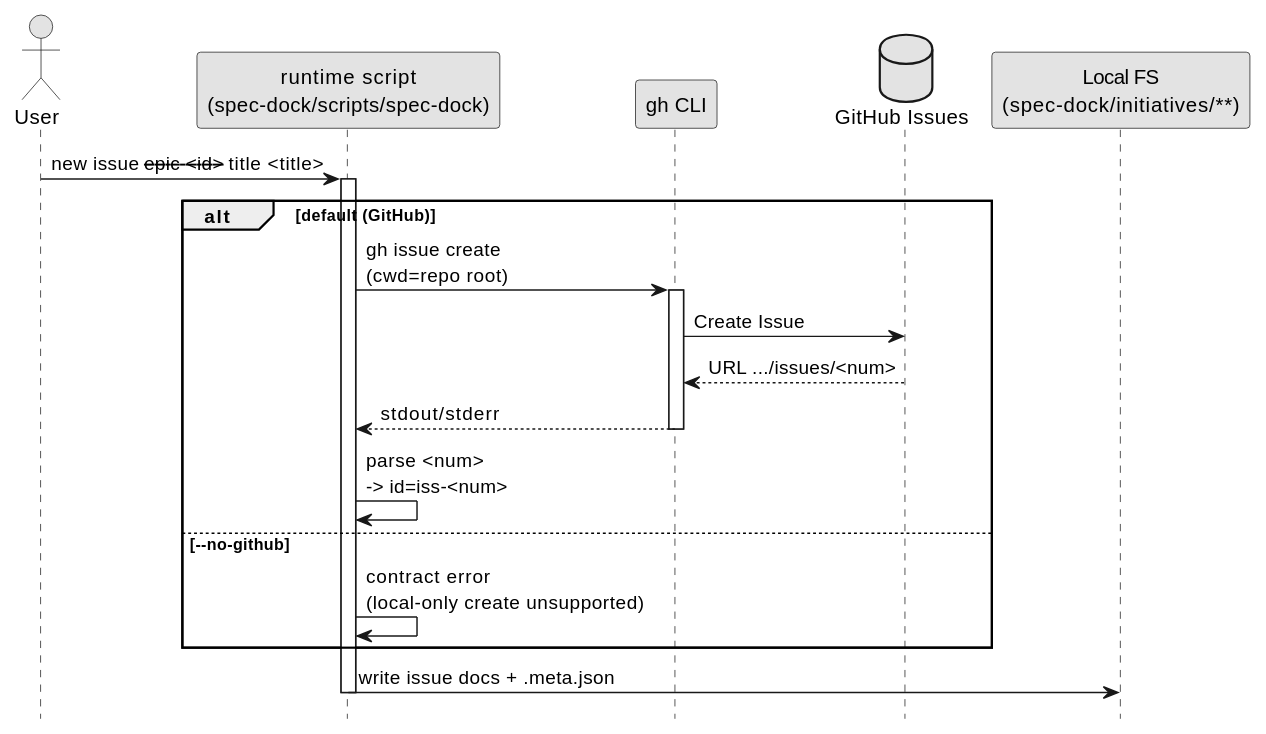
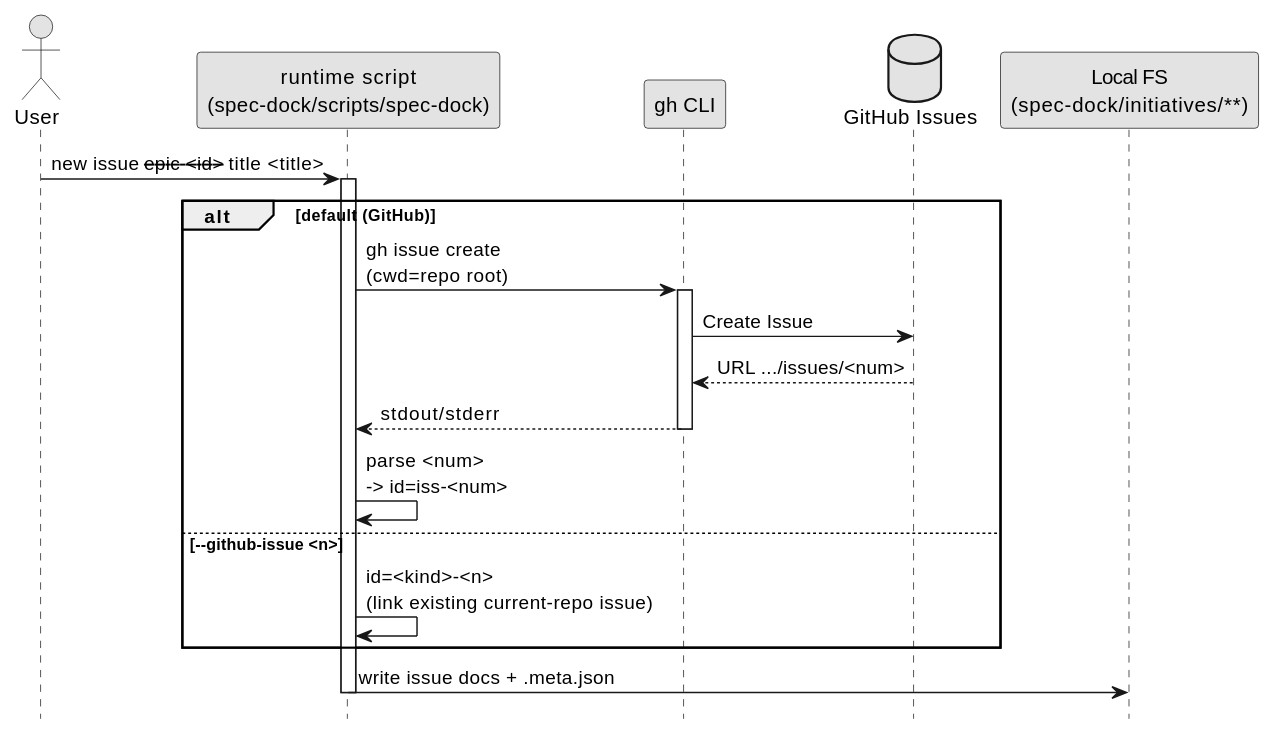
One commit to chemitaro/spec-dock changed the diagram in src/spec_dock/assets/spec_dock/docs/github.md. Above: the diagram before and after it, drawn with PlantUML. The commit also changed other lines of this file and 17 other files, not shown here.

````diff
--- a/src/spec_dock/assets/spec_dock/docs/github.md
+++ b/src/spec_dock/assets/spec_dock/docs/github.md
@@ -79,30 +79,30 @@
 ```plantuml
 @startuml
 skinparam monochrome true
 hide footbox
 
 actor User
 participant "runtime script\n(spec-dock/scripts/spec-dock)" as Script
 participant "gh CLI" as GH
 database "GitHub Issues" as GHI
 participant "Local FS\n(spec-dock/initiatives/**)" as FS
 
 User -> Script: new issue --epic <id> --title <title>
 activate Script
 
 alt default (GitHub)
   Script -> GH: gh issue create\n(cwd=repo root)
   activate GH
   GH -> GHI: Create Issue
   GHI --> GH: URL .../issues/<num>
   GH --> Script: stdout/stderr
   deactivate GH
   Script -> Script: parse <num>\n-> id=iss-<num>
-else --no-github
-  Script -> Script: contract error\n(local-only create unsupported)
+else --github-issue <n>
+  Script -> Script: id=<kind>-<n>\n(link existing current-repo issue)
 end
 
 Script -> FS: write issue docs + .meta.json
 deactivate Script
 @enduml
 ```
````
